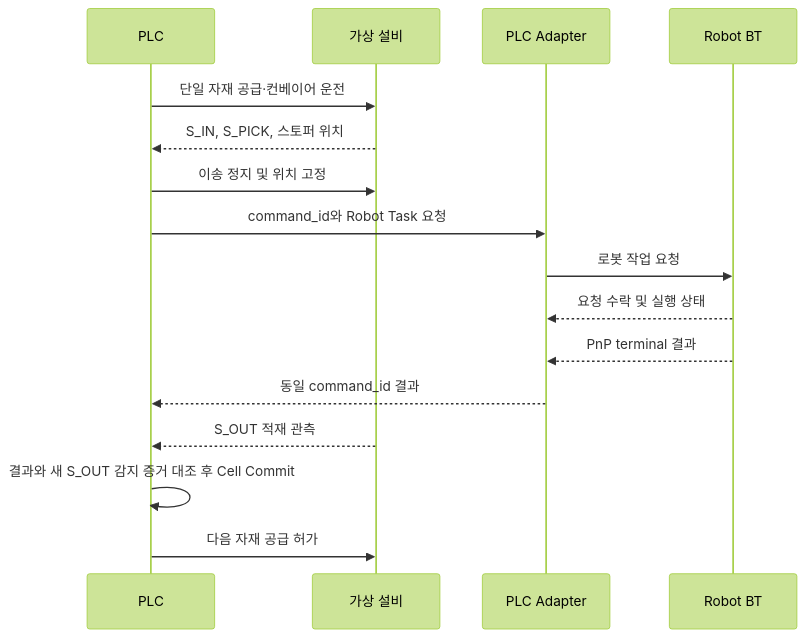
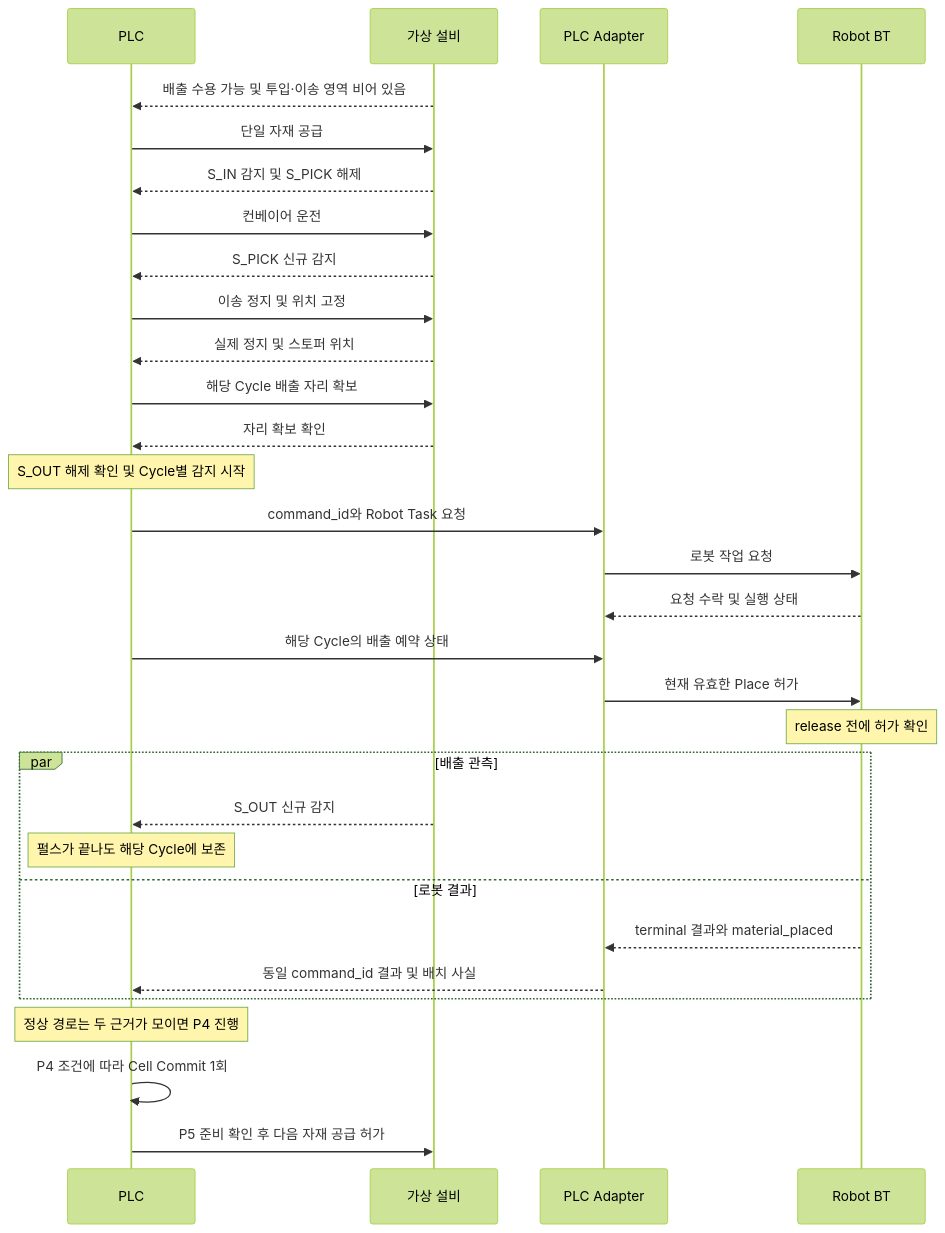
The diagram in docs/design/cells/conveyor-pnp-poc/cell-control.md (dev-kibeom/sftwin-arm-cell), drawn with Mermaid (forest theme) before and after one commit. The commit also changed other lines of this file and 2 other files, not shown here.

Commit message:
docs(cell): 배출 예약과 배치 후 복구 조건 명시

````diff
--- a/docs/design/cells/conveyor-pnp-poc/cell-control.md
+++ b/docs/design/cells/conveyor-pnp-poc/cell-control.md
@@ -32,18 +32,33 @@
 ```mermaid
 sequenceDiagram
     participant P as PLC
     participant E as 가상 설비
     participant A as PLC Adapter
     participant B as Robot BT
-    P->>E: 단일 자재 공급·컨베이어 운전
-    E-->>P: S_IN, S_PICK, 스토퍼 위치
+    E-->>P: 배출 수용 가능 및 투입·이송 영역 비어 있음
+    P->>E: 단일 자재 공급
+    E-->>P: S_IN 감지 및 S_PICK 해제
+    P->>E: 컨베이어 운전
+    E-->>P: S_PICK 신규 감지
     P->>E: 이송 정지 및 위치 고정
+    E-->>P: 실제 정지 및 스토퍼 위치
+    P->>E: 해당 Cycle 배출 자리 확보
+    E-->>P: 자리 확보 확인
+    Note over P: S_OUT 해제 확인 및 Cycle별 감지 시작
     P->>A: command_id와 Robot Task 요청
     A->>B: 로봇 작업 요청
     B-->>A: 요청 수락 및 실행 상태
-    B-->>A: PnP terminal 결과
-    A-->>P: 동일 command_id 결과
-    E-->>P: S_OUT 적재 관측
-    P->>P: 결과와 새 S_OUT 감지 증거 대조 후 Cell Commit
-    P->>E: 다음 자재 공급 허가
+    P->>A: 해당 Cycle의 배출 예약 상태
+    A->>B: 현재 유효한 Place 허가
+    Note over B: release 전에 허가 확인
+    par 배출 관측
+        E-->>P: S_OUT 신규 감지
+        Note over P: 펄스가 끝나도 해당 Cycle에 보존
+    and 로봇 결과
+        B-->>A: terminal 결과와 material_placed
+        A-->>P: 동일 command_id 결과 및 배치 사실
+    end
+    Note over P: 정상 경로는 두 근거가 모이면 P4 진행
+    P->>P: P4 조건에 따라 Cell Commit 1회
+    P->>E: P5 준비 확인 후 다음 자재 공급 허가
 ```
````
